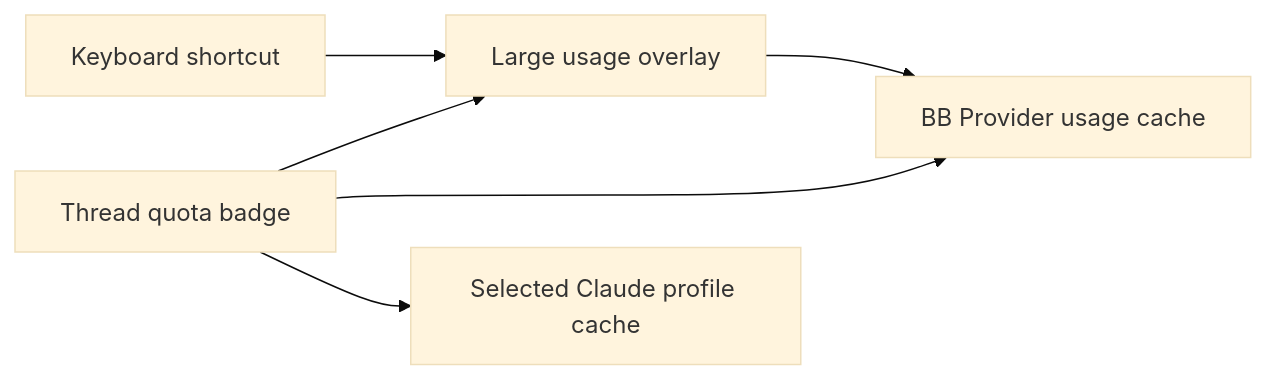
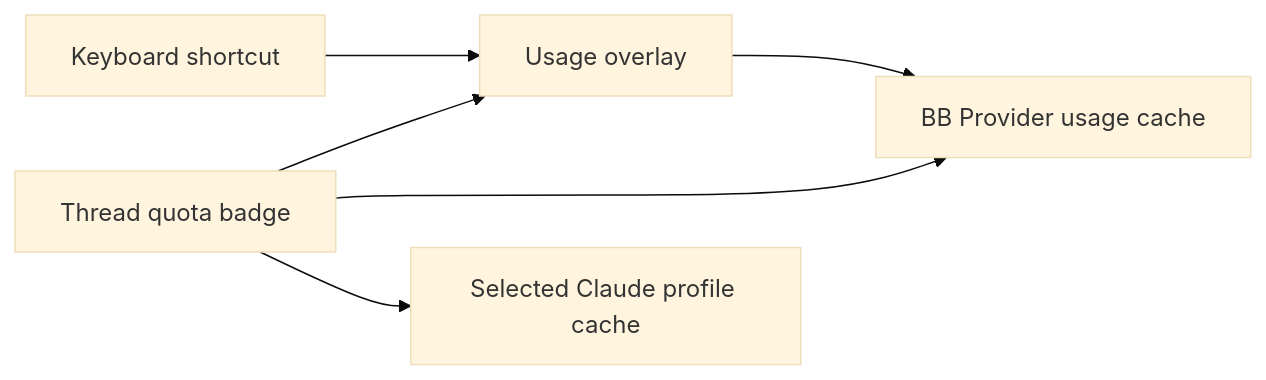
One commit to connorads/dotfiles changed the diagram in src/bb-plugins/agent-usage/README.md. Above: the diagram before and after it, drawn with Mermaid (base theme). The commit also changed other lines of this file and 9 other files, not shown here.

````diff
--- a/src/bb-plugins/agent-usage/README.md
+++ b/src/bb-plugins/agent-usage/README.md
@@ -18,8 +48,8 @@
 ```mermaid
 flowchart LR
-    Header[Thread quota badge] --> Popup[Large usage overlay]
+    Header[Thread quota badge] --> Popup[Usage overlay]
     Shortcut[Keyboard shortcut] --> Popup
     Popup --> Collector[BB Provider usage cache]
     Header --> Collector
     Header --> Profiles[Selected Claude profile cache]
 ```
````
